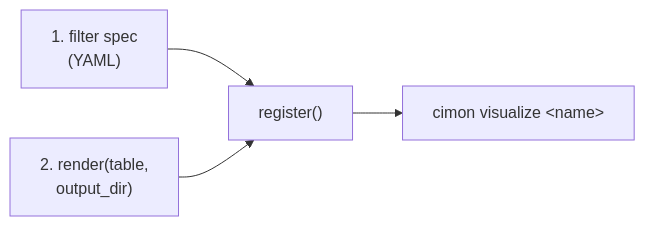
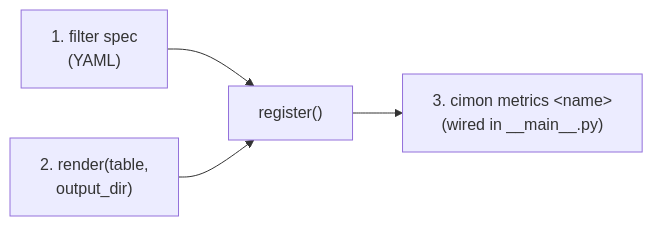
The seventh of 7 diagrams in README.md (efendi54/cimon), drawn with Mermaid before and after one commit. The commit also changed other lines of this file and 16 other files, not shown here.

````diff
--- a/README.md
+++ b/README.md
@@ -480,6 +473,6 @@
 ```mermaid
 flowchart LR
     A["1. filter spec<br>(YAML)"] --> C["register()"]
     B["2. render(table,<br>output_dir)"] --> C
-    C --> D["cimon visualize &lt;name&gt;"]
+    C --> D["3. cimon metrics &lt;name&gt;<br>(wired in __main__.py)"]
 ```
````
